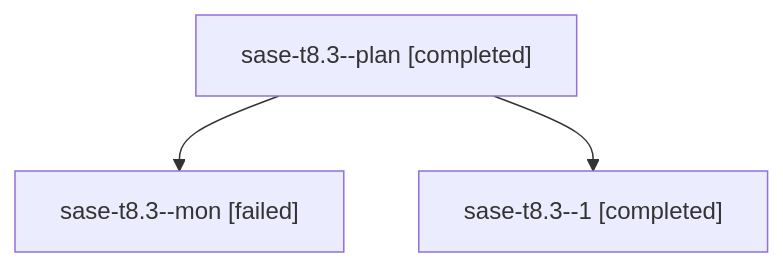
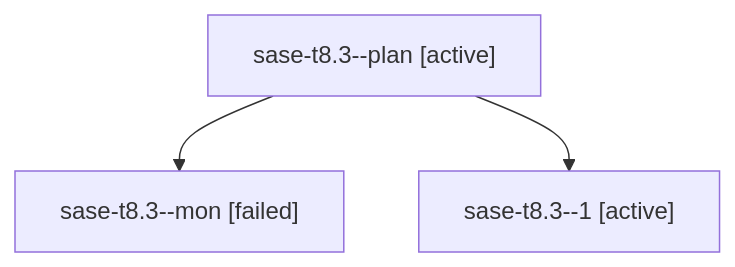
The diagram in families/bbugyi200.athena.sase-t8.3.md (sase-org/sase--agents), drawn with Mermaid before and after one commit. The commit also changed other lines of this file and 35830 other files, not shown here.

````diff
--- a/families/bbugyi200.athena.sase-t8.3.md
+++ b/families/bbugyi200.athena.sase-t8.3.md
@@ -9,8 +9,8 @@
 ```mermaid
 flowchart TD
-  n0["sase-t8.3--plan [completed]"]
+  n0["sase-t8.3--plan [active]"]
   n1["sase-t8.3--mon [failed]"]
   n0 --> n1
-  n2["sase-t8.3--1 [completed]"]
+  n2["sase-t8.3--1 [active]"]
   n0 --> n2
 ```
````
